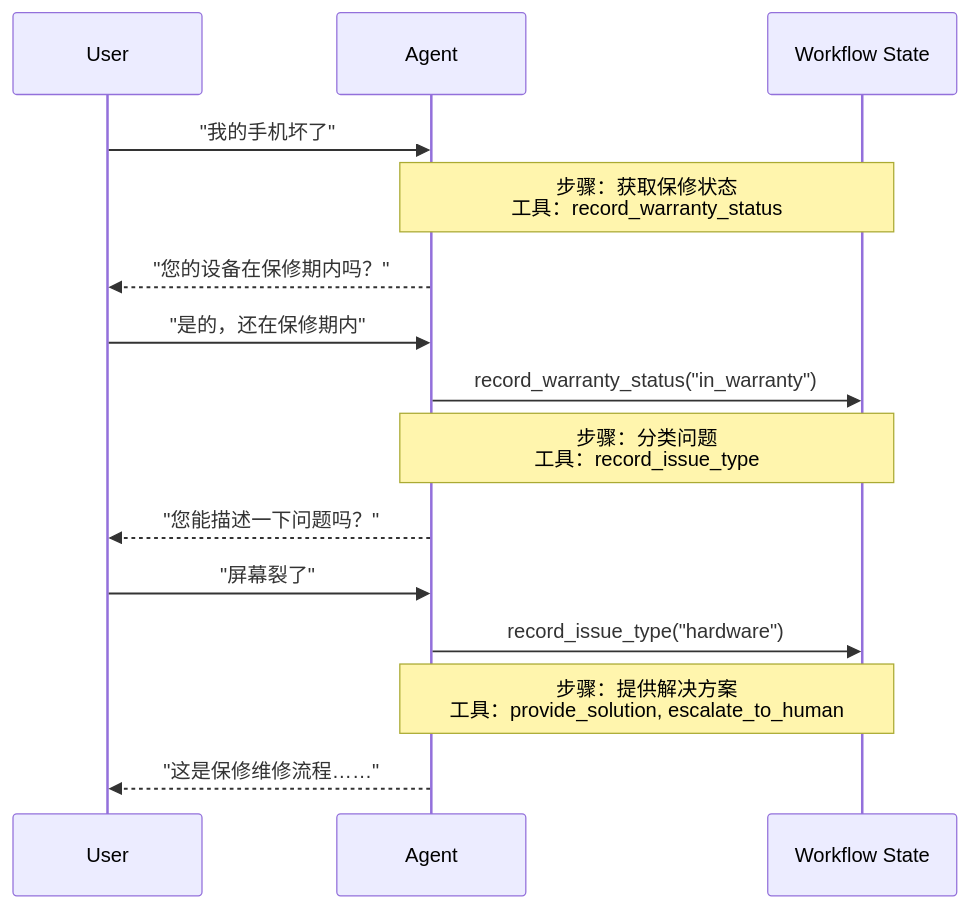
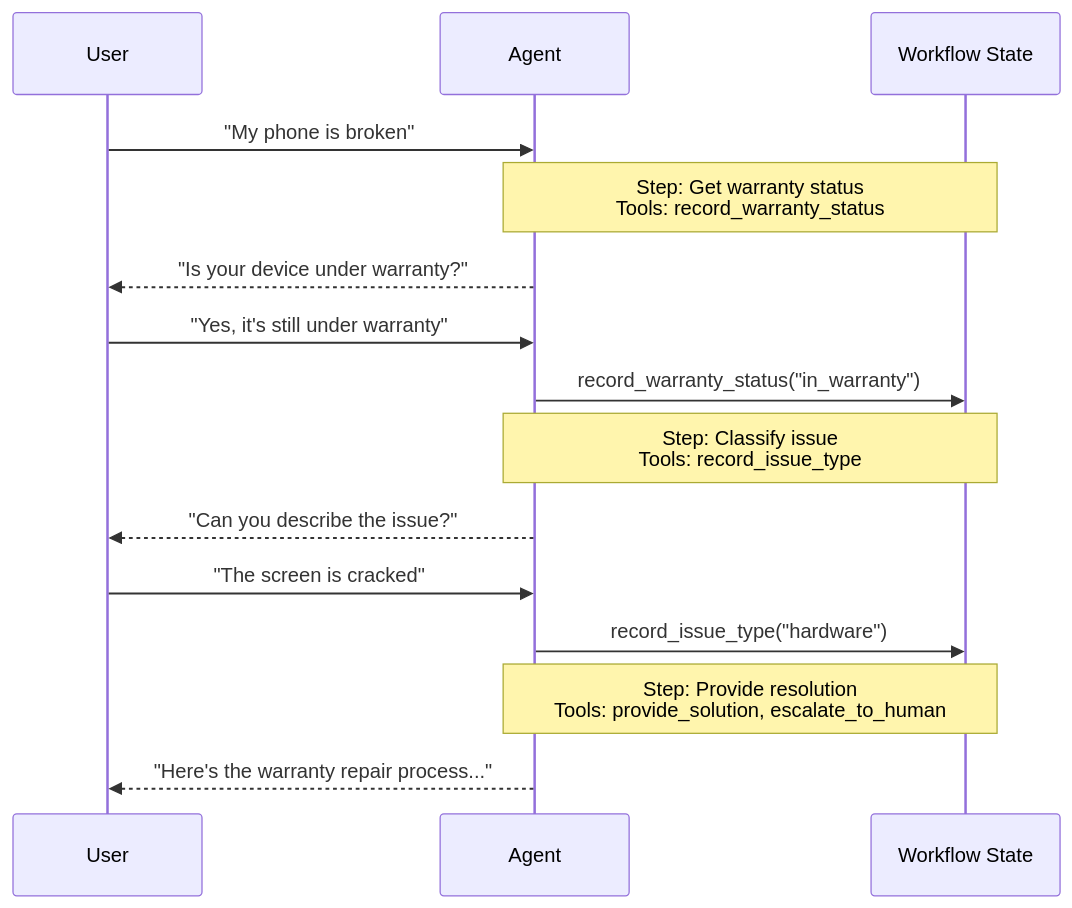
One commit to kunfan96/cndocs-langchain changed the diagram in oss/javascript/langchain/multi-agent/handoffs.mdx. Above: the diagram before and after it, drawn with Mermaid. The commit also changed other lines of this file and 2611 other files, not shown here.

````diff
--- a/oss/javascript/langchain/multi-agent/handoffs.mdx
+++ b/oss/javascript/langchain/multi-agent/handoffs.mdx
@@ -11,20 +11,20 @@
 ```mermaid
 sequenceDiagram
     participant User
     participant Agent
     participant Workflow State
 
-    User->>Agent: "我的手机坏了"
-    Note over Agent,Workflow State: 步骤：获取保修状态<br/>工具：record_warranty_status
-    Agent-->>User: "您的设备在保修期内吗？"
+    User->>Agent: "My phone is broken"
+    Note over Agent,Workflow State: Step: Get warranty status<br/>Tools: record_warranty_status
+    Agent-->>User: "Is your device under warranty?"
 
-    User->>Agent: "是的，还在保修期内"
+    User->>Agent: "Yes, it's still under warranty"
     Agent->>Workflow State: record_warranty_status("in_warranty")
-    Note over Agent,Workflow State: 步骤：分类问题<br/>工具：record_issue_type
-    Agent-->>User: "您能描述一下问题吗？"
+    Note over Agent,Workflow State: Step: Classify issue<br/>Tools: record_issue_type
+    Agent-->>User: "Can you describe the issue?"
 
-    User->>Agent: "屏幕裂了"
+    User->>Agent: "The screen is cracked"
     Agent->>Workflow State: record_issue_type("hardware")
-    Note over Agent,Workflow State: 步骤：提供解决方案<br/>工具：provide_solution, escalate_to_human
-    Agent-->>User: "这是保修维修流程……"
+    Note over Agent,Workflow State: Step: Provide resolution<br/>Tools: provide_solution, escalate_to_human
+    Agent-->>User: "Here's the warranty repair process..."
 ```
````
